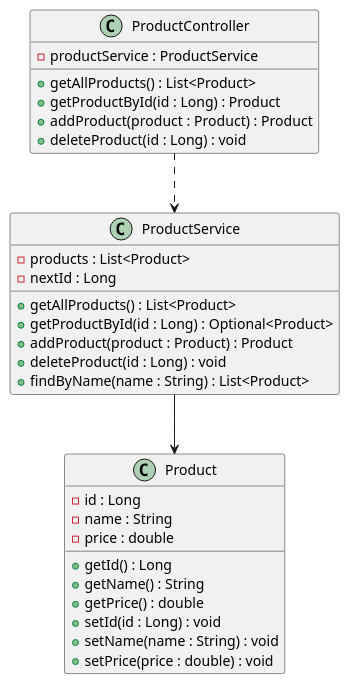
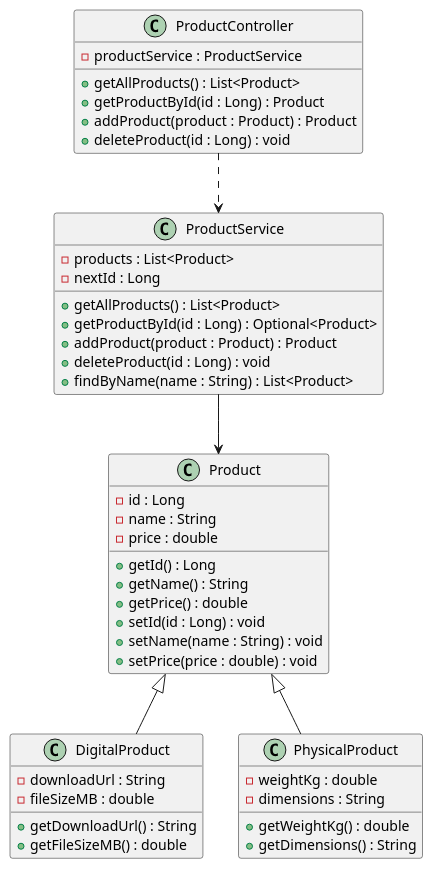
Before and after one commit to Yevan-0/OOP-Tutorial: the diagram in docs/Product.puml, drawn with PlantUML. The commit also changed 5 other files, not shown here.

Commit message:
Tutorial 4: inheritance hierarchy — DigitalProduct and PhysicalProduct

```diff
--- a/docs/Product.puml
+++ b/docs/Product.puml
@@ -1,36 +1,55 @@
 @startuml
 class Product {
  - id : Long
  - name : String
  - price : double
  + getId() : Long
  + getName() : String
  + getPrice() : double
  + setId(id : Long) : void
  + setName(name : String) : void
  + setPrice(price : double) : void
+}
+
+class DigitalProduct {
+ - downloadUrl : String
+ - fileSizeMB : double
+ + getDownloadUrl() : String
+ + getFileSizeMB() : double
+}
+
+class PhysicalProduct {
+ - weightKg : double
+ - dimensions : String
+ + getWeightKg() : double
+ + getDimensions() : String
 }
 
 class ProductService {
  - products : List<Product>
  - nextId : Long
  + getAllProducts() : List<Product>
  + getProductById(id : Long) : Optional<Product>
  + addProduct(product : Product) : Product
  + deleteProduct(id : Long) : void
  + findByName(name : String) : List<Product>
 }
 
 class ProductController {
  - productService : ProductService
  + getAllProducts() : List<Product>
  + getProductById(id : Long) : Product
  + addProduct(product : Product) : Product
  + deleteProduct(id : Long) : void
 }
 
+' <|-- is the inheritance arrow. The hollow triangle sits at the PARENT (Product).
+Product <|-- DigitalProduct
+Product <|-- PhysicalProduct
+
 ' ..> is a dependency: DASHED line, open arrow
 ProductController ..> ProductService
+
 ' --> is an association: SOLID line
 ProductService --> Product
 @enduml
```
